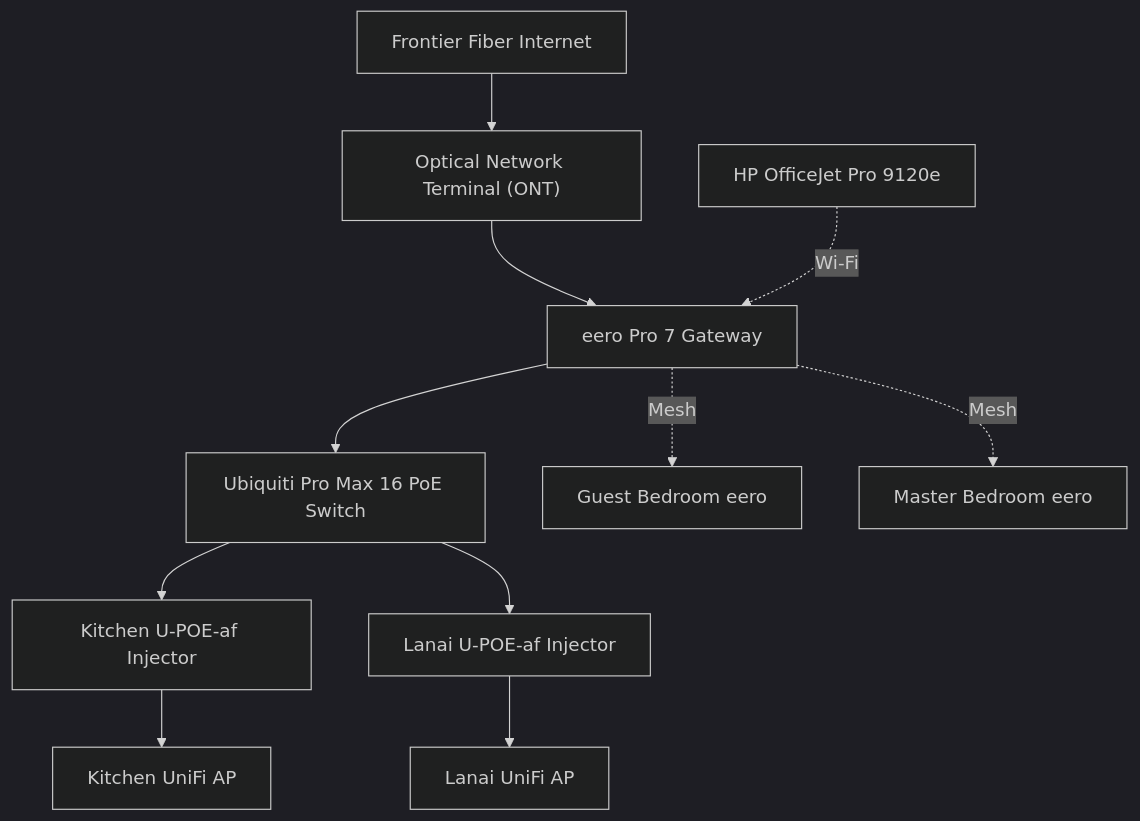
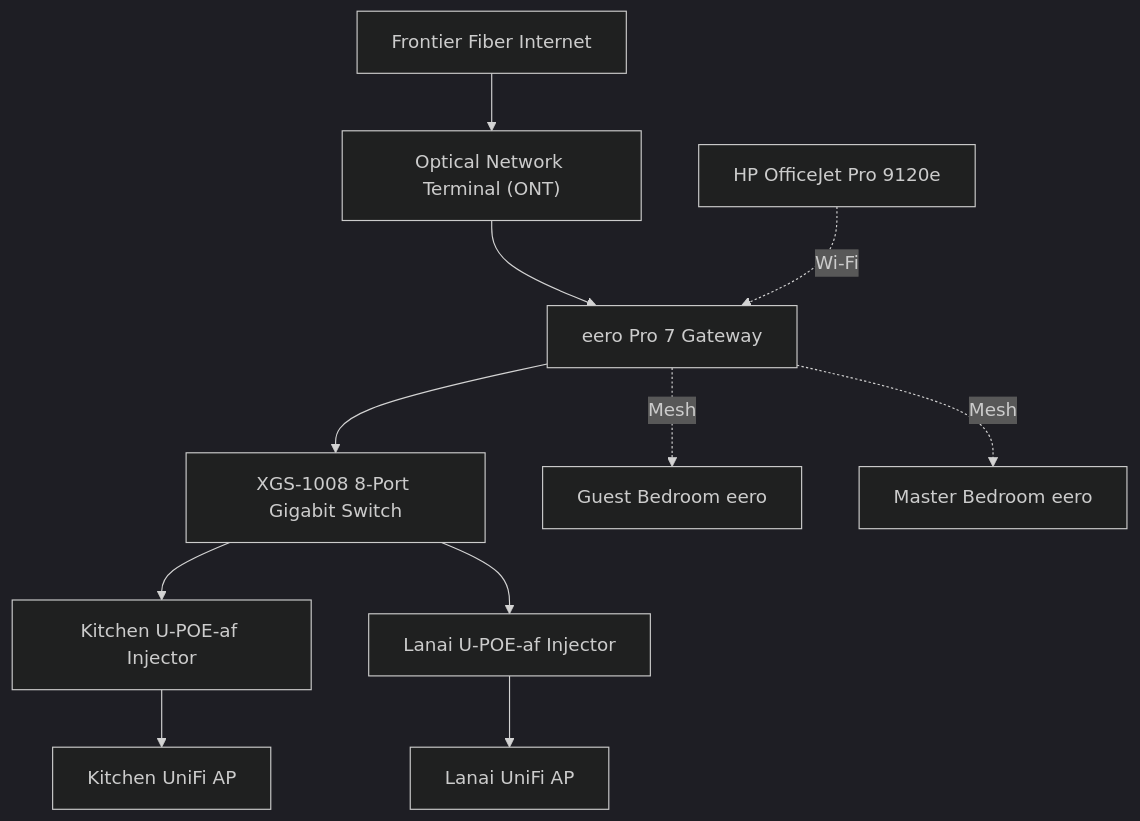
Before and after one commit to ralphalberti/dotfiles: the diagram in docs/home-network.md, drawn with Mermaid (dark theme). The commit also changed other lines of this file, not shown here.

Commit message:
docs: correct core switch documentation

````diff
--- a/docs/home-network.md
+++ b/docs/home-network.md
@@ -199,34 +199,34 @@
 ```mermaid
 flowchart TD
 
     Internet["Frontier Fiber Internet"]
     ONT["Optical Network Terminal (ONT)"]
     Gateway["eero Pro 7 Gateway"]
-    Switch["Ubiquiti Pro Max 16 PoE Switch"]
+    Switch["XGS-1008 8-Port Gigabit Switch"]
 
     PI1["Kitchen U-POE-af Injector"]
     PI2["Lanai U-POE-af Injector"]
 
     AP1["Kitchen UniFi AP"]
     AP2["Lanai UniFi AP"]
 
     E1["Guest Bedroom eero"]
     E2["Master Bedroom eero"]
 
     Printer["HP OfficeJet Pro 9120e"]
 
     Internet --> ONT
     ONT --> Gateway
     Gateway --> Switch
 
     Gateway -. Mesh .-> E1
     Gateway -. Mesh .-> E2
 
     Switch --> PI1
     Switch --> PI2
 
     PI1 --> AP1
     PI2 --> AP2
 
     Printer -. Wi-Fi .-> Gateway
 ```
````
